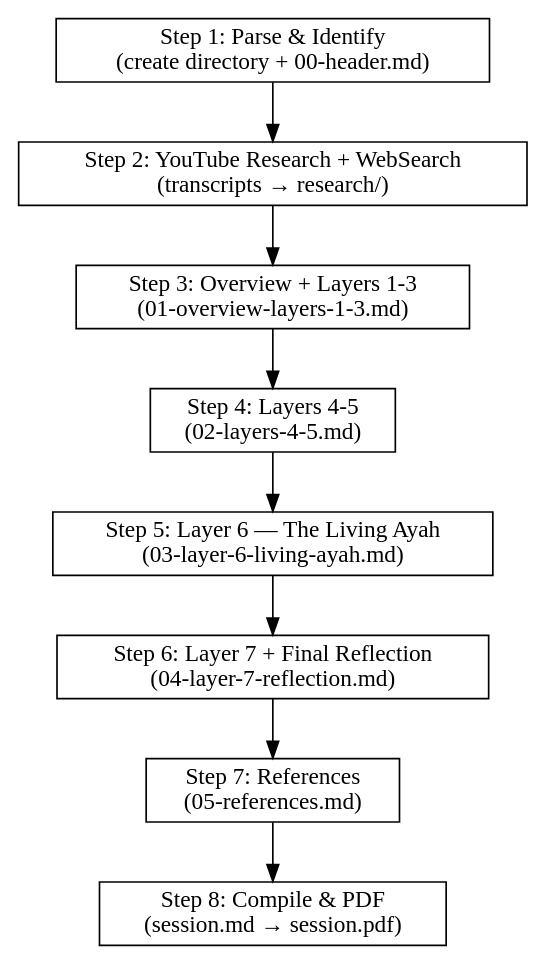
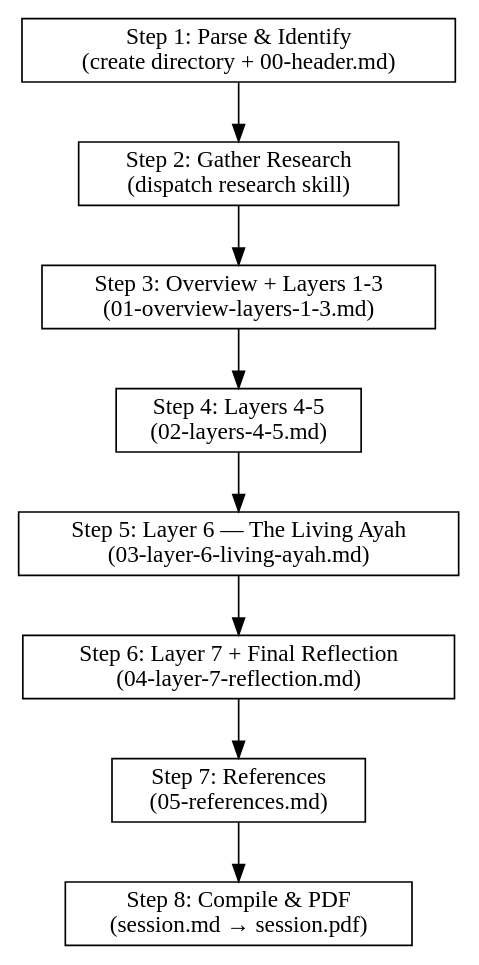
One commit to FayazK/AI-Ustadh changed the diagram in .claude/skills/divine/SKILL.md. Above: the diagram before and after it, drawn with Graphviz. The commit also changed other lines of this file, not shown here.

Commit message:
refactor: divine skill delegates research to centralized research skill

````diff
--- a/.claude/skills/divine/SKILL.md
+++ b/.claude/skills/divine/SKILL.md
@@ -116,17 +108,17 @@
 ```dot
 digraph divine_flow {
     rankdir=TB;
     node [shape=box];
 
     parse [label="Step 1: Parse & Identify\n(create directory + 00-header.md)"];
-    research [label="Step 2: YouTube Research + WebSearch\n(transcripts → research/)"];
+    research [label="Step 2: Gather Research\n(dispatch research skill)"];
     layers13 [label="Step 3: Overview + Layers 1-3\n(01-overview-layers-1-3.md)"];
     layers45 [label="Step 4: Layers 4-5\n(02-layers-4-5.md)"];
     layer6 [label="Step 5: Layer 6 — The Living Ayah\n(03-layer-6-living-ayah.md)"];
     layer7 [label="Step 6: Layer 7 + Final Reflection\n(04-layer-7-reflection.md)"];
     refs [label="Step 7: References\n(05-references.md)"];
     compile [label="Step 8: Compile & PDF\n(session.md → session.pdf)"];
 
     parse -> research -> layers13 -> layers45 -> layer6 -> layer7 -> refs -> compile;
 }
 ```
````
